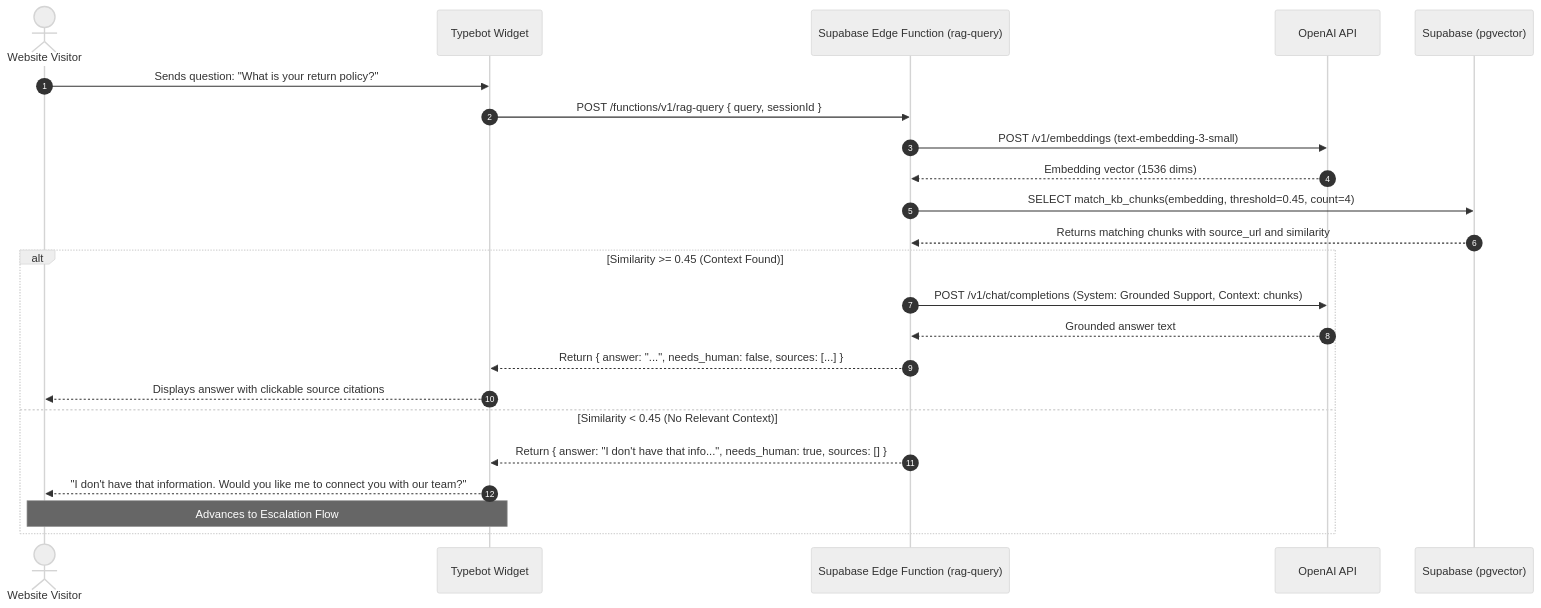
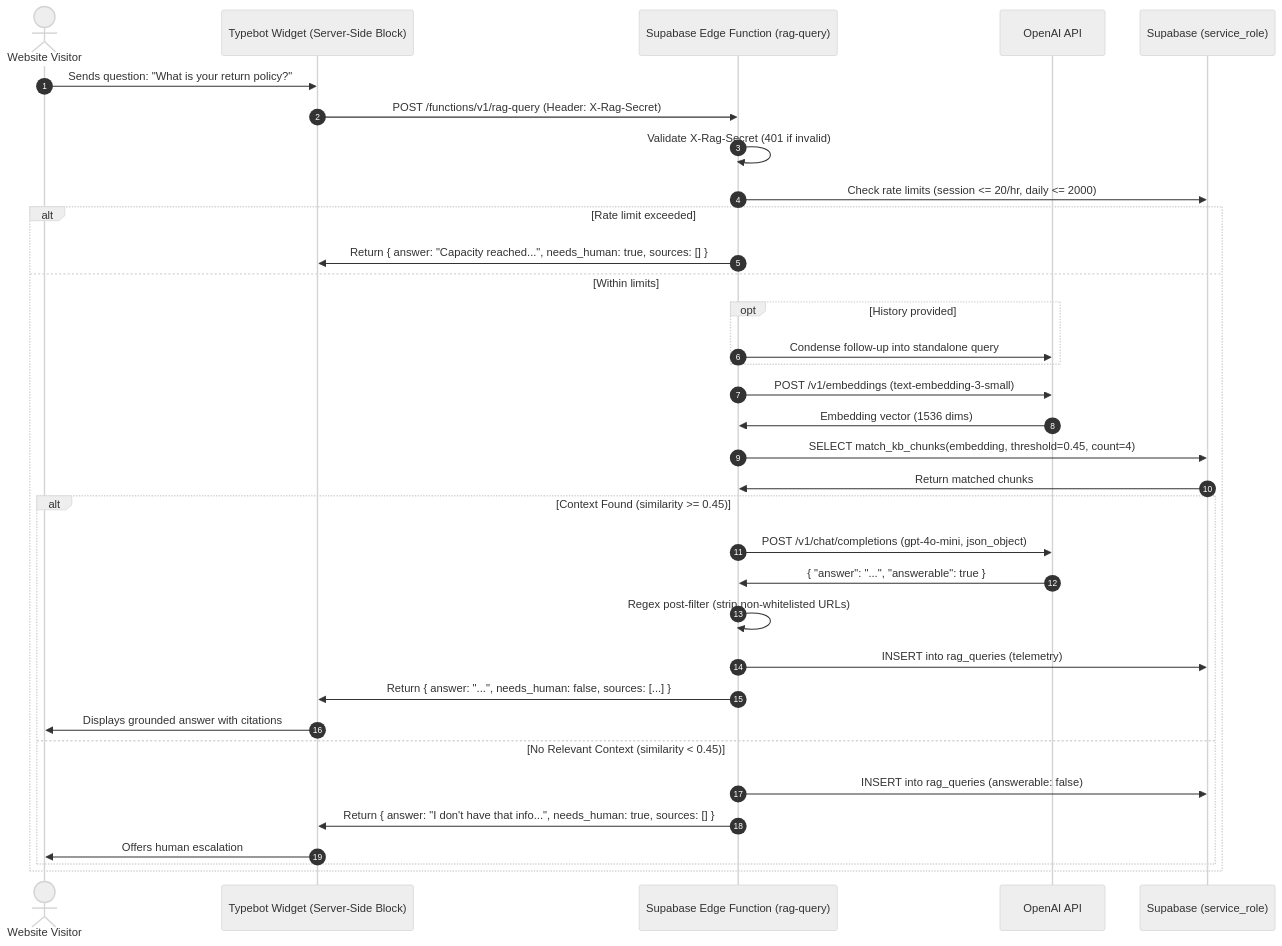
One commit to robinsehnalik/website-chatbot changed the second of 3 diagrams in architecture.md. Above: the diagram before and after it, drawn with Mermaid (neutral theme). The commit also changed other lines of this file and 13 other files, not shown here.

Commit message:
fix(security): harden SQL with deny-by-default RLS, shared secrets, eval harness, and flow specs

````diff
--- a/architecture.md
+++ b/architecture.md
@@ -111,26 +114,37 @@
 ```mermaid
 sequenceDiagram
     autonumber
     actor Visitor as Website Visitor
-    participant TB as Typebot Widget
+    participant TB as Typebot Widget (Server-Side Block)
     participant Edge as Supabase Edge Function (rag-query)
     participant OpenAI as OpenAI API
-    participant Supa as Supabase (pgvector)
+    participant Supa as Supabase (service_role)
 
     Visitor->>TB: Sends question: "What is your return policy?"
-    TB->>Edge: POST /functions/v1/rag-query { query, sessionId }
-    Edge->>OpenAI: POST /v1/embeddings (text-embedding-3-small)
-    OpenAI-->>Edge: Embedding vector (1536 dims)
-    Edge->>Supa: SELECT match_kb_chunks(embedding, threshold=0.45, count=4)
-    Supa-->>Edge: Returns matching chunks with source_url and similarity
-    alt Similarity >= 0.45 (Context Found)
-        Edge->>OpenAI: POST /v1/chat/completions (System: Grounded Support, Context: chunks)
-        OpenAI-->>Edge: Grounded answer text
-        Edge-->>TB: Return { answer: "...", needs_human: false, sources: [...] }
-        TB-->>Visitor: Displays answer with clickable source citations
-    else Similarity < 0.45 (No Relevant Context)
-        Edge-->>TB: Return { answer: "I don't have that info...", needs_human: true, sources: [] }
-        TB-->>Visitor: "I don't have that information. Would you like me to connect you with our team?"
-        Note over TB,Visitor: Advances to Escalation Flow
+    TB->>Edge: POST /functions/v1/rag-query (Header: X-Rag-Secret)
+    Edge->>Edge: Validate X-Rag-Secret (401 if invalid)
+    Edge->>Supa: Check rate limits (session <= 20/hr, daily <= 2000)
+    alt Rate limit exceeded
+        Edge->>TB: Return { answer: "Capacity reached...", needs_human: true, sources: [] }
+    else Within limits
+        opt History provided
+            Edge->>OpenAI: Condense follow-up into standalone query
+        end
+        Edge->>OpenAI: POST /v1/embeddings (text-embedding-3-small)
+        OpenAI->>Edge: Embedding vector (1536 dims)
+        Edge->>Supa: SELECT match_kb_chunks(embedding, threshold=0.45, count=4)
+        Supa->>Edge: Return matched chunks
+        alt Context Found (similarity >= 0.45)
+            Edge->>OpenAI: POST /v1/chat/completions (gpt-4o-mini, json_object)
+            OpenAI->>Edge: { "answer": "...", "answerable": true }
+            Edge->>Edge: Regex post-filter (strip non-whitelisted URLs)
+            Edge->>Supa: INSERT into rag_queries (telemetry)
+            Edge->>TB: Return { answer: "...", needs_human: false, sources: [...] }
+            TB->>Visitor: Displays grounded answer with citations
+        else No Relevant Context (similarity < 0.45)
+            Edge->>Supa: INSERT into rag_queries (answerable: false)
+            Edge->>TB: Return { answer: "I don't have that info...", needs_human: true, sources: [] }
+            TB->>Visitor: Offers human escalation
+        end
     end
 ```
````
